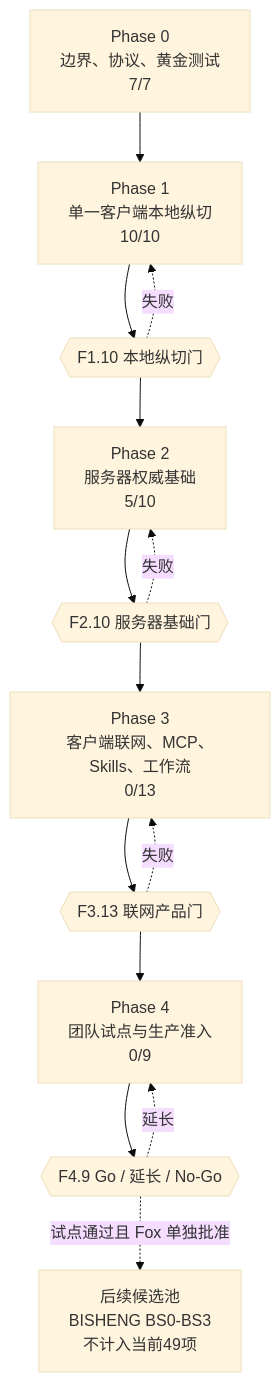
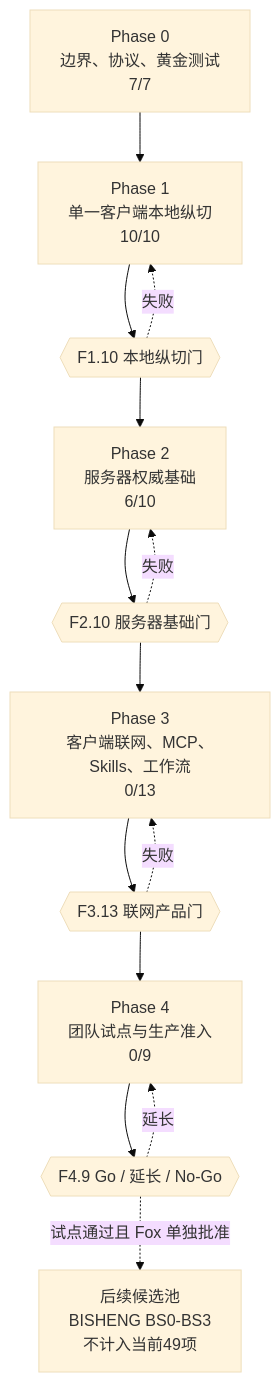
The first of 6 diagrams in docs/plan/dependency-graph.md (xingranya/fox), drawn with Mermaid (base theme) before and after one commit. The commit also changed other lines of this file and 22 other files, not shown here.

````diff
--- a/docs/plan/dependency-graph.md
+++ b/docs/plan/dependency-graph.md
@@ -5,20 +5,20 @@
 ```mermaid
 flowchart TD
     P0["Phase 0\n边界、协议、黄金测试\n7/7"]
     P1["Phase 1\n单一客户端本地纵切\n10/10"]
     G1{{"F1.10 本地纵切门"}}
-    P2["Phase 2\n服务器权威基础\n5/10"]
+    P2["Phase 2\n服务器权威基础\n6/10"]
     G2{{"F2.10 服务器基础门"}}
     P3["Phase 3\n客户端联网、MCP、Skills、工作流\n0/13"]
     G3{{"F3.13 联网产品门"}}
     P4["Phase 4\n团队试点与生产准入\n0/9"]
     G4{{"F4.9 Go / 延长 / No-Go"}}
     BS["后续候选池\nBISHENG BS0-BS3\n不计入当前49项"]
 
     P0 --> P1 --> G1 --> P2 --> G2 --> P3 --> G3 --> P4 --> G4
     G4 -. "试点通过且 Fox 单独批准" .-> BS
     G1 -. "失败" .-> P1
     G2 -. "失败" .-> P2
     G3 -. "失败" .-> P3
     G4 -. "延长" .-> P4
 ```
````
